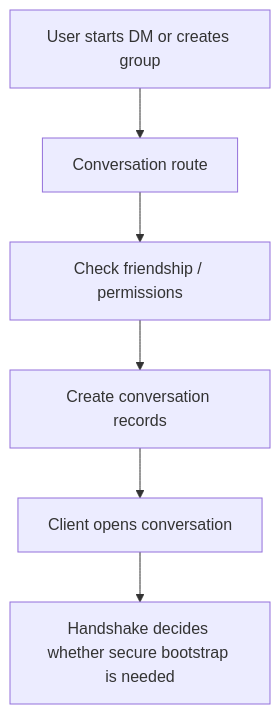
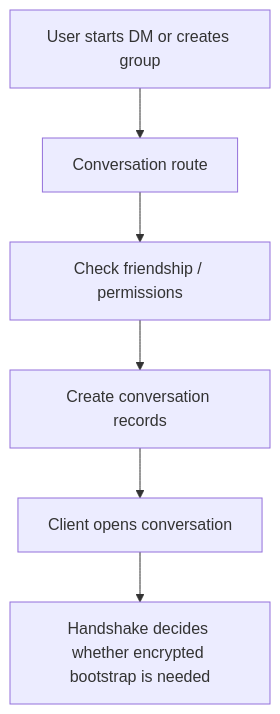
Before and after one commit to voidjack233/VOID-CHATS: the eighth of 16 diagrams in VOID0000-www/docs/project-flow-map.md, drawn with Mermaid. The commit also changed other lines of this file and 12 other files, not shown here.

````diff
--- a/VOID0000-www/docs/project-flow-map.md
+++ b/VOID0000-www/docs/project-flow-map.md
@@ -240,8 +240,8 @@
 ```mermaid
 flowchart TD
   A[User starts DM or creates group] --> B[Conversation route]
   B --> C[Check friendship / permissions]
   C --> D[Create conversation records]
   D --> E[Client opens conversation]
-  E --> F[Handshake decides whether secure bootstrap is needed]
+  E --> F[Handshake decides whether encrypted bootstrap is needed]
 ```
````
